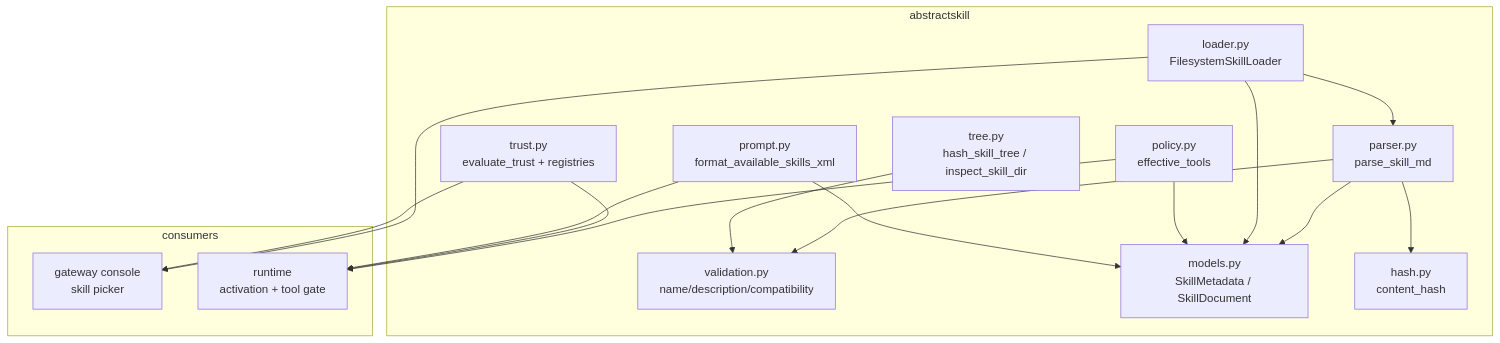
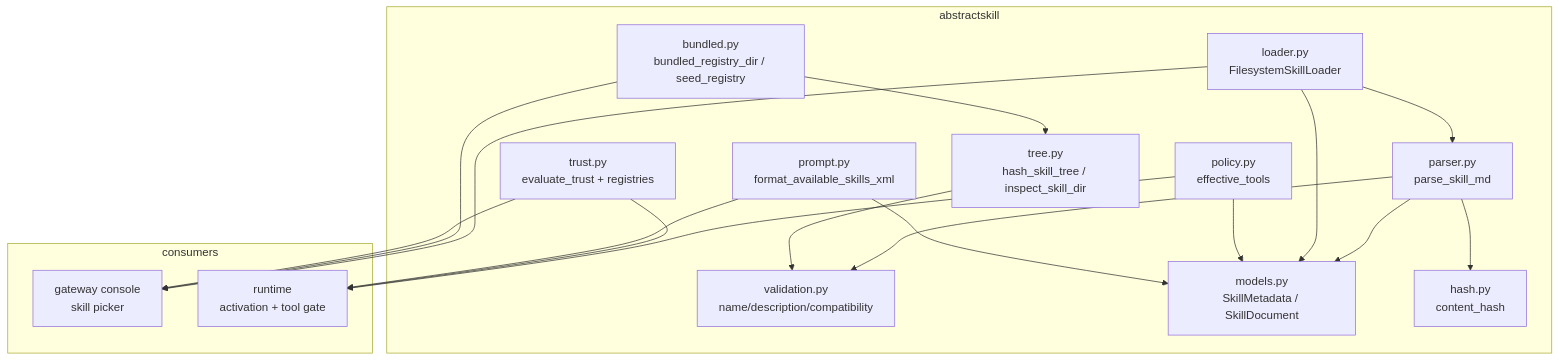
Before and after one commit to lpalbou/AbstractSkill: the first of 3 diagrams in docs/architecture.md, drawn with Mermaid. The commit also changed other lines of this file and 74 other files, not shown here.

First line of the commit message:
Ship the curated skill registry in the wheel and add seed_registry

````diff
--- a/docs/architecture.md
+++ b/docs/architecture.md
@@ -10,34 +10,37 @@
 ```mermaid
 graph TD
     subgraph abstractskill
         parser[parser.py<br/>parse_skill_md]
         validation[validation.py<br/>name/description/compatibility]
         models[models.py<br/>SkillMetadata / SkillDocument]
         loader[loader.py<br/>FilesystemSkillLoader]
         hash[hash.py<br/>content_hash]
         tree[tree.py<br/>hash_skill_tree / inspect_skill_dir]
         prompt[prompt.py<br/>format_available_skills_xml]
         policy[policy.py<br/>effective_tools]
         trust[trust.py<br/>evaluate_trust + registries]
+        bundled[bundled.py<br/>bundled_registry_dir / seed_registry]
     end
 
     parser --> validation
     parser --> models
     parser --> hash
     loader --> parser
     loader --> models
     tree --> validation
     policy --> models
     prompt --> models
+    bundled --> tree
 
     subgraph consumers
         console[gateway console<br/>skill picker]
         runtime[runtime<br/>activation + tool gate]
     end
 
     loader --> console
+    bundled --> console
     trust --> console
     policy --> runtime
     trust --> runtime
     prompt --> runtime
 ```
````
